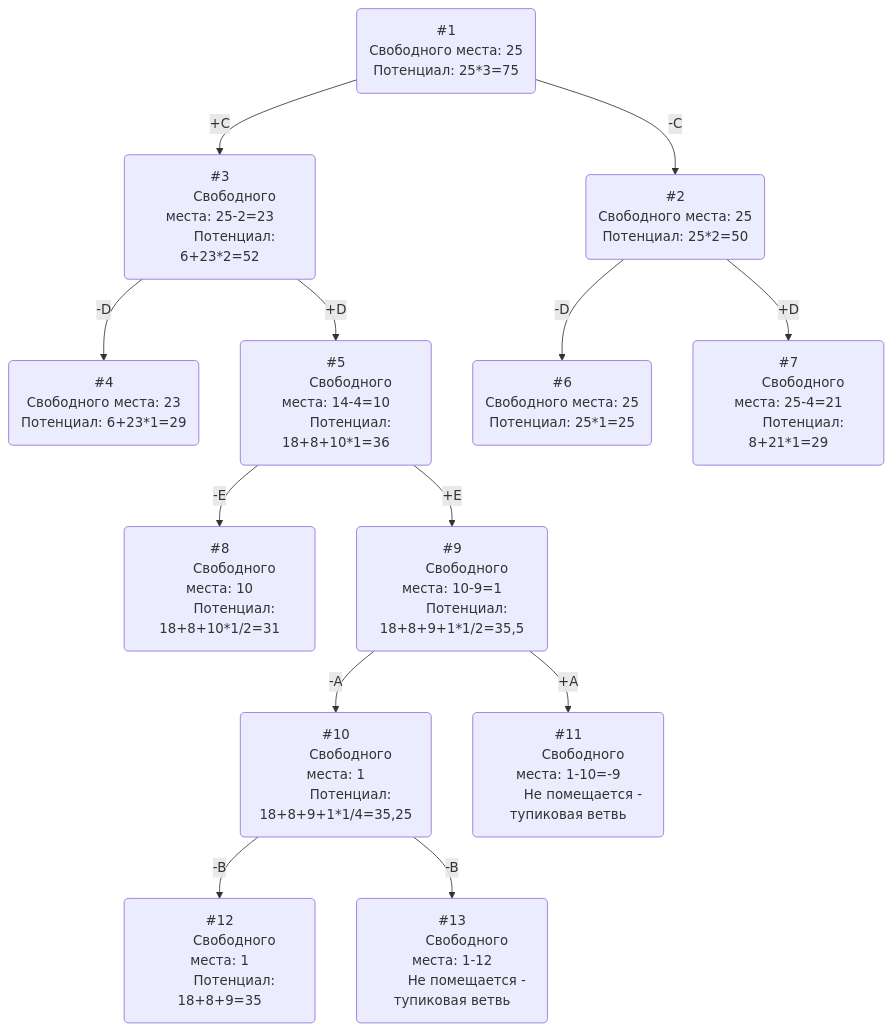
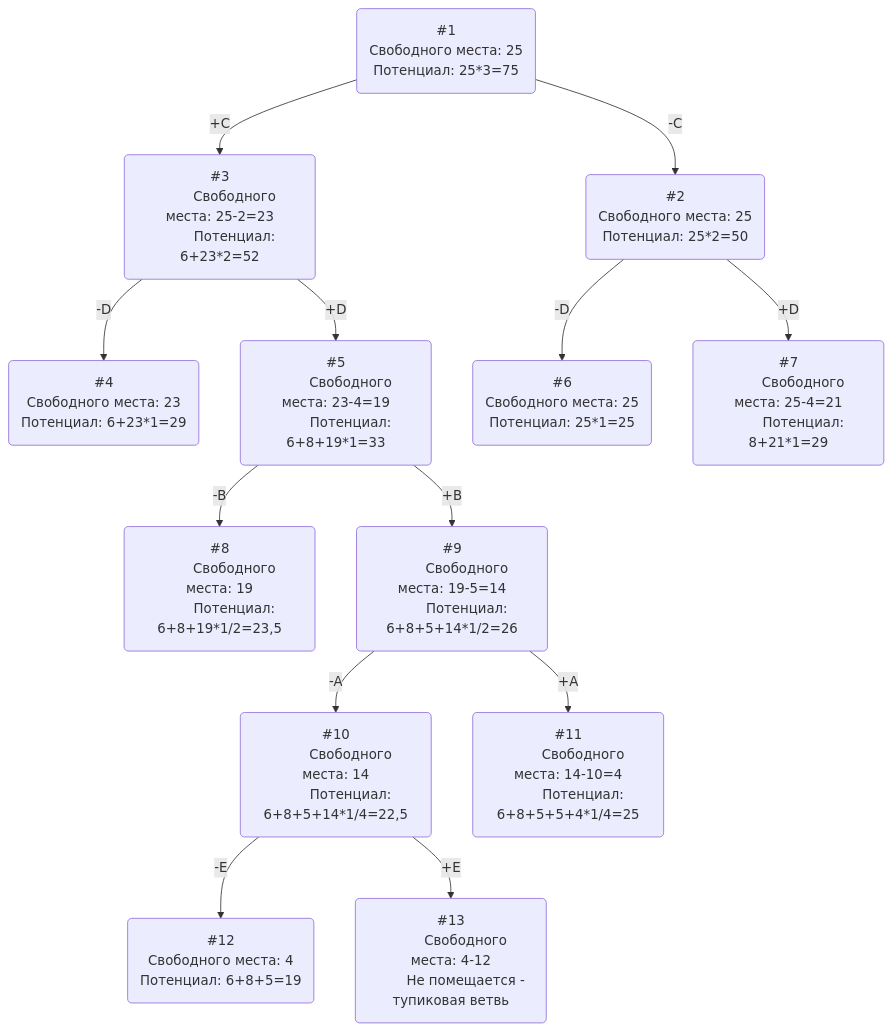
One commit to hse-algo-24-raven/manual-tasks-raven changed the diagram in task-11/pustobek.md. Above: the diagram before and after it, drawn with Mermaid.

````diff
--- a/task-11/pustobek.md
+++ b/task-11/pustobek.md
@@ -42,51 +42,51 @@
 ```mermaid
 graph TB
     1(#1
         Свободного места: 25
         Потенциал: 25*3=75)--> |-C|2(#2
                         Свободного места: 25
                         Потенциал: 25*2=50)
     1-->|+C|3(#3
         Свободного места: 25-2=23
         Потенциал: 6+23*2=52)
     
     3-->|-D|4(#4
         Свободного места: 23
         Потенциал: 6+23*1=29)
 
     3-->|+D|5(#5
-        Свободного места: 14-4=10
-        Потенциал: 18+8+10*1=36)
+        Свободного места: 23-4=19
+        Потенциал: 6+8+19*1=33)
 
     2-->|-D|6(#6
         Свободного места: 25
         Потенциал: 25*1=25)
 
     2-->|+D|7(#7
         Свободного места: 25-4=21
         Потенциал: 8+21*1=29)
 
-    5-->|-E|8(#8
-        Свободного места: 10
-        Потенциал: 18+8+10*1/2=31)
+    5-->|-B|8(#8
+        Свободного места: 19
+        Потенциал: 6+8+19*1/2=23,5)
 
-    5-->|+E|9(#9
-        Свободного места: 10-9=1
-        Потенциал: 18+8+9+1*1/2=35,5)
+    5-->|+B|9(#9
+        Свободного места: 19-5=14
+        Потенциал: 6+8+5+14*1/2=26)
 
     9-->|-A|10(#10
-        Свободного места: 1
-        Потенциал: 18+8+9+1*1/4=35,25)
+        Свободного места: 14
+        Потенциал: 6+8+5+14*1/4=22,5)
 
     9-->|+A|11(#11
-        Свободного места: 1-10=-9
-        Не помещается - тупиковая ветвь)
+        Свободного места: 14-10=4
+        Потенциал: 6+8+5+5+4*1/4=25)
 
-    10-->|-B|12(#12
-        Свободного места: 1
-        Потенциал: 18+8+9=35)
+    10-->|-E|12(#12
+        Свободного места: 4
+        Потенциал: 6+8+5=19)
 
-    10-->|-B|13(#13
-        Свободного места: 1-12
+    10-->|+E|13(#13
+        Свободного места: 4-12
         Не помещается - тупиковая ветвь)
 ```
````
